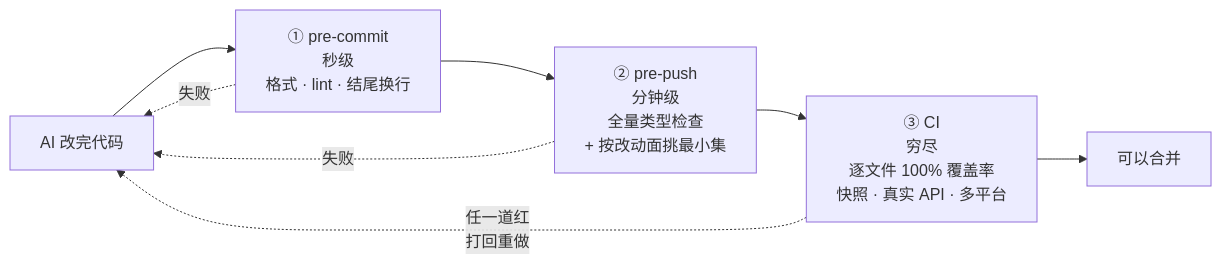
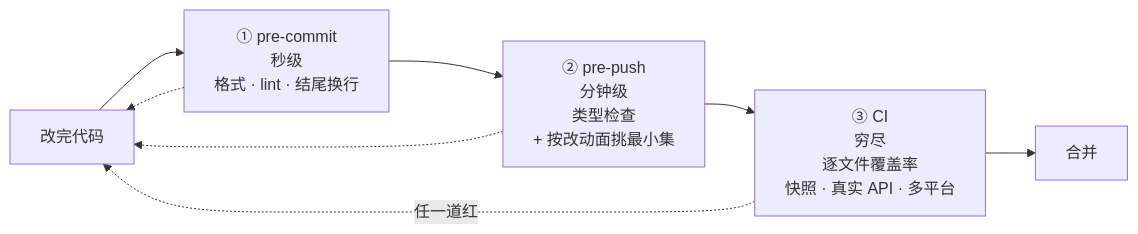
The third of 5 diagrams in README.md (zszz3/dsh-VibeCoding), drawn with Mermaid before and after one commit. The commit also changed other lines of this file and 148 other files, not shown here.

````diff
--- a/README.md
+++ b/README.md
@@ -132,10 +115,10 @@
 ```mermaid
 flowchart LR
-  A["AI 改完代码"] --> B["① pre-commit<br/>秒级<br/>格式 · lint · 结尾换行"]
-  B --> C["② pre-push<br/>分钟级<br/>全量类型检查<br/>+ 按改动面挑最小集"]
-  C --> D["③ CI<br/>穷尽<br/>逐文件 100% 覆盖率<br/>快照 · 真实 API · 多平台"]
-  D --> E["可以合并"]
-  D -.->|任一道红<br/>打回重做| A
-  C -.->|失败| A
-  B -.->|失败| A
+  A["改完代码"] --> B["① pre-commit<br/>秒级<br/>格式 · lint · 结尾换行"]
+  B --> C["② pre-push<br/>分钟级<br/>类型检查<br/>+ 按改动面挑最小集"]
+  C --> D["③ CI<br/>穷尽<br/>逐文件覆盖率<br/>快照 · 真实 API · 多平台"]
+  D --> E["合并"]
+  D -.->|任一道红| A
+  C -.-> A
+  B -.-> A
 ```
````
